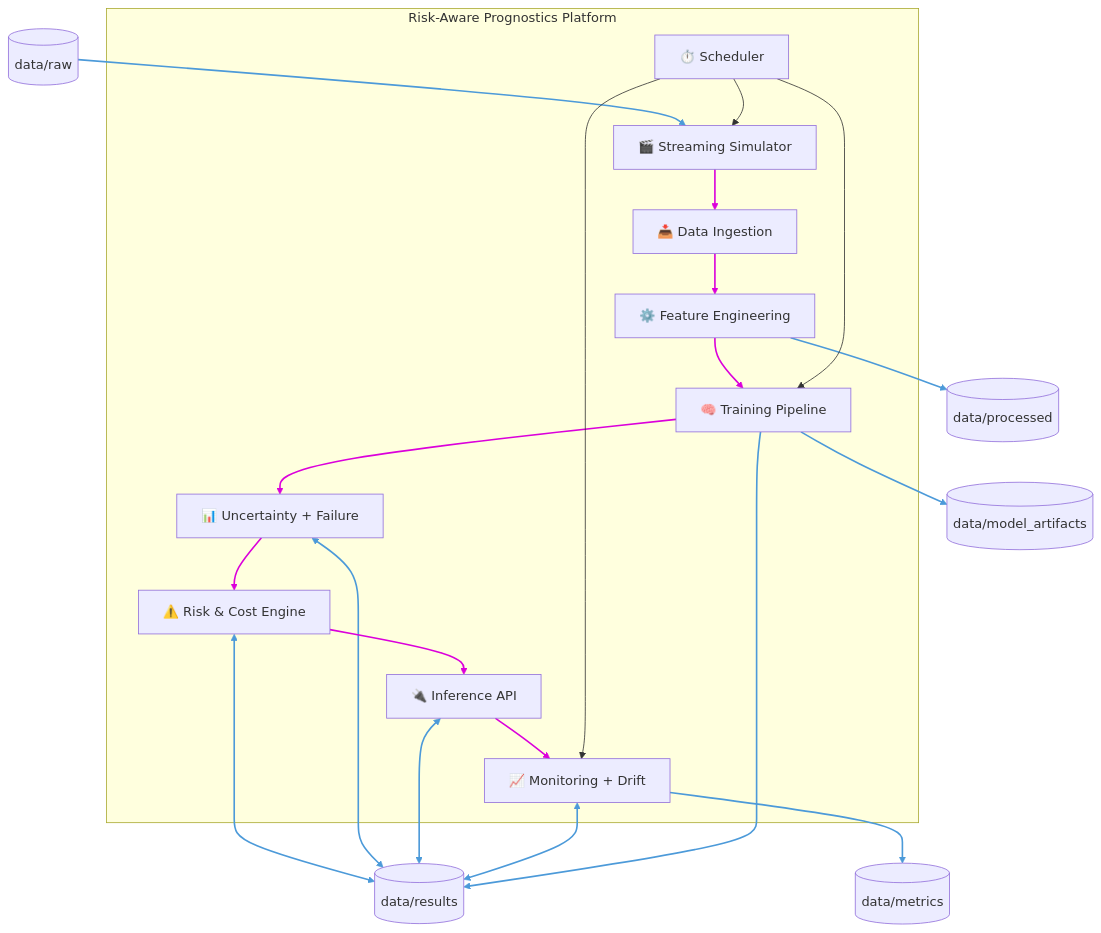
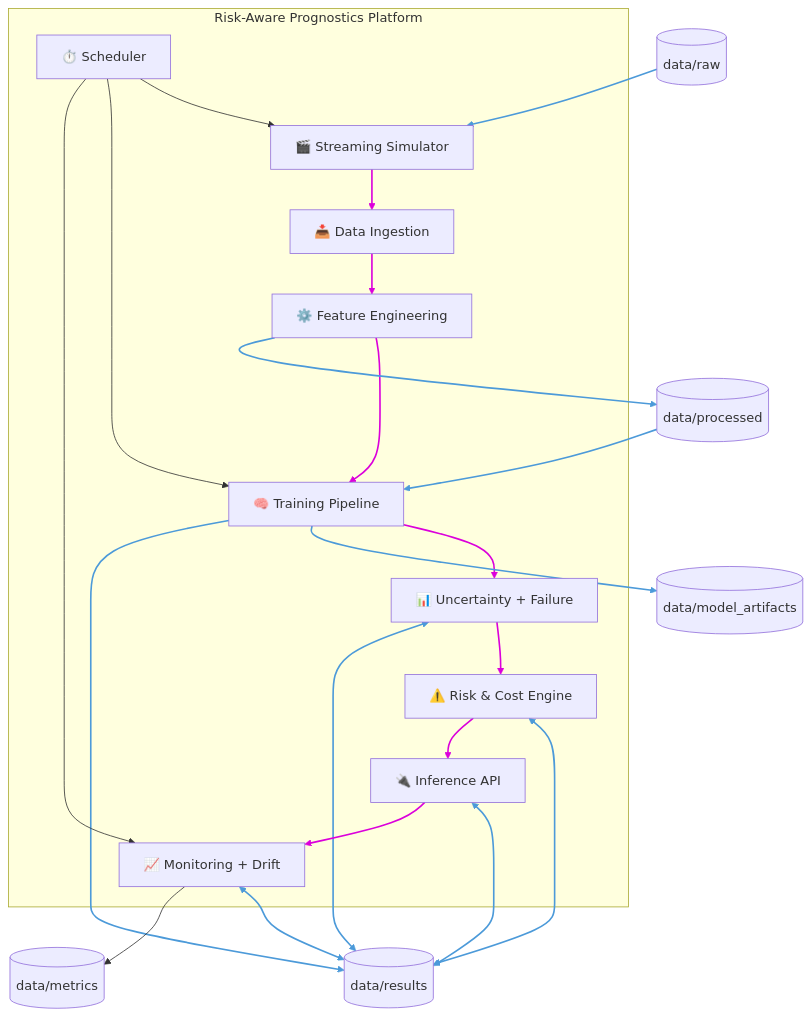
One commit to FrancescoPicazio/Risk-Aware-AI-Platform-for-Predictive-Maintenance-in-Safety-Critical-Systems changed the second of 3 diagrams in docs/ARCHITECTURE.md. Above: the diagram before and after it, drawn with Mermaid.

Commit message:
Add relationship from proc to train in architecture doc

````diff
--- a/docs/ARCHITECTURE.md
+++ b/docs/ARCHITECTURE.md
@@ -46,44 +46,45 @@
 ```mermaid
 flowchart TB
   subgraph Platform[Risk-Aware Prognostics Platform]
     sim["🎬 Streaming Simulator"]
     ingest["📥 Data Ingestion"]
     fe["⚙️ Feature Engineering"]
     train["🧠 Training Pipeline"]
     uq["📊 Uncertainty + Failure"]
     risk["⚠️ Risk & Cost Engine"]
     api["🔌 Inference API"]
     mon["📈 Monitoring + Drift"]
     sched["⏱️ Scheduler"]
   end
 
   raw[(data/raw)]
   proc[(data/processed)]
   artifacts[(data/model_artifacts)]
   metrics[(data/metrics)]
   results[(data/results)]
 
   raw --> sim
   sim --> ingest
   ingest --> fe
   fe --> train
   train --> uq
   uq --> risk
   risk <--> results
   uq <--> results
   risk --> api
   api <--> results
   api --> mon
   mon <--> results
   fe --> proc
+  proc --> train
   train --> artifacts
   train --> results
   mon --> metrics
   sched --> sim
   sched --> train
   sched --> mon
 
   %% Colori frecce
   linkStyle 1,2,3,4,5,8,10 stroke:#DB00DB,stroke-width:2px
   linkStyle 0,6,7,9,11,12,13,14,15 stroke:#4C9AD9,stroke-width:2px
 ```
````
